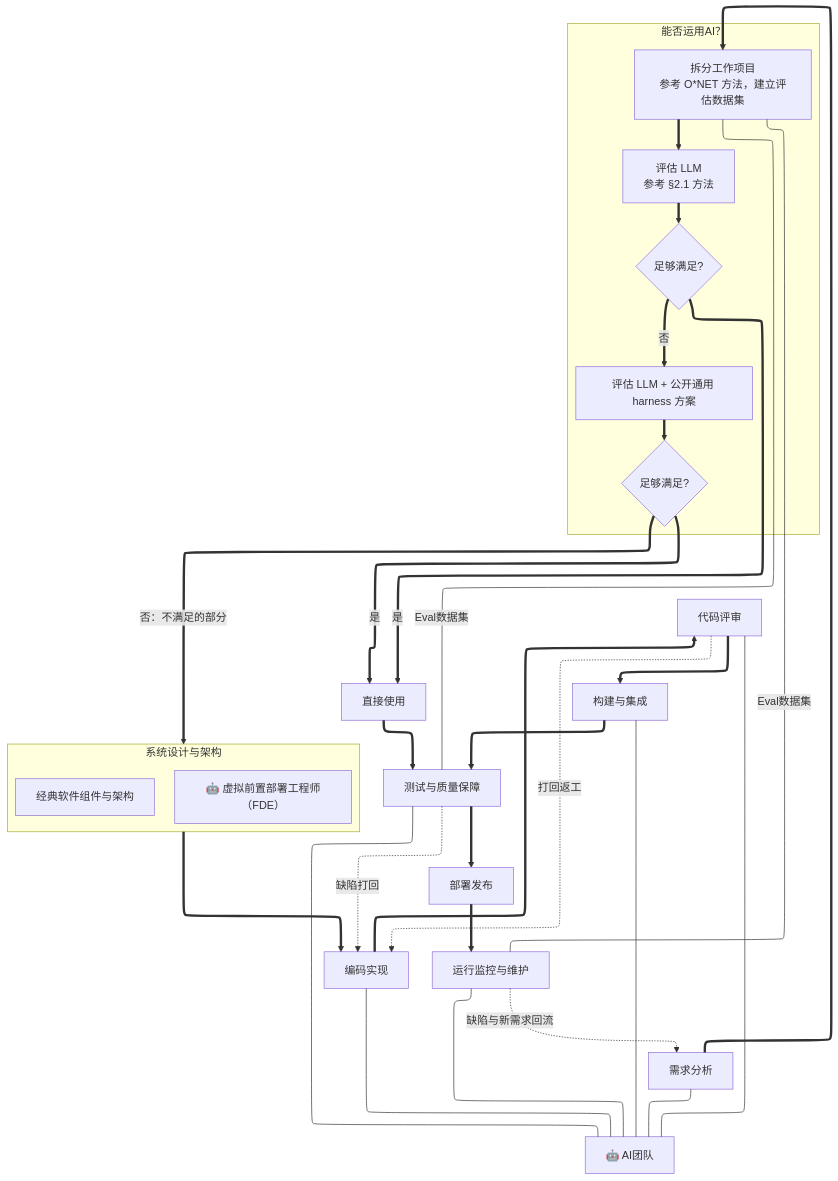
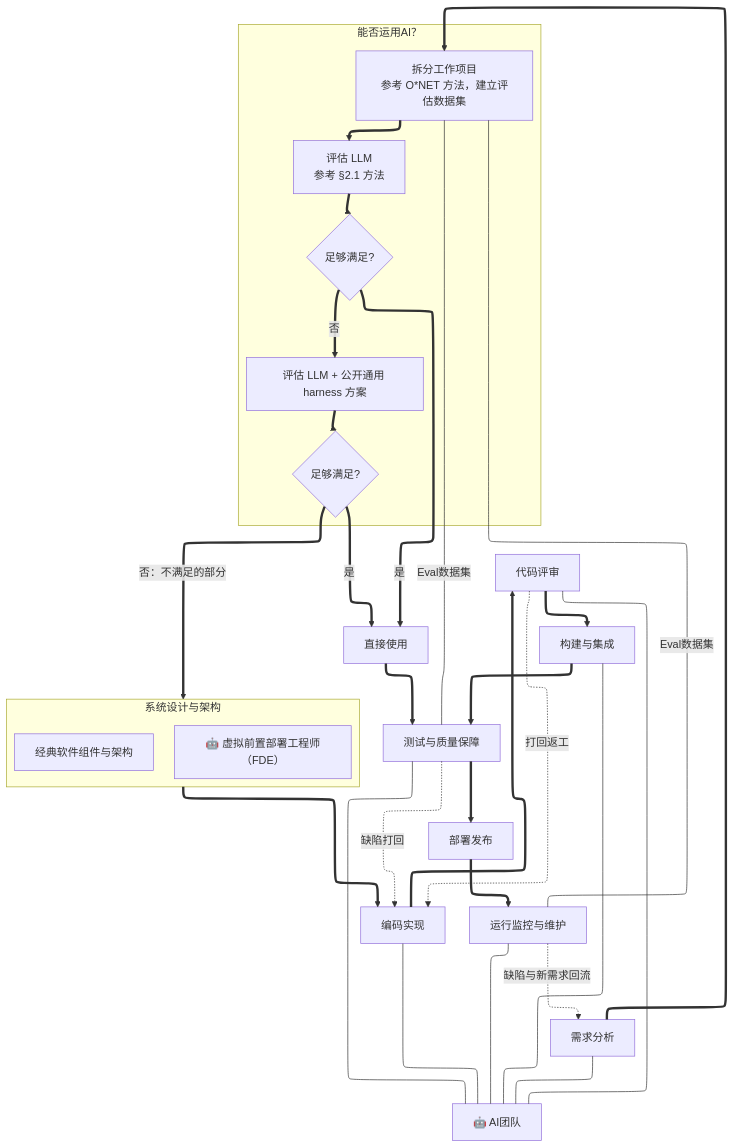
One commit to AI-LLM/Controversy changed the second of 2 diagrams in chat/AIKnowledgeLabor.md. Above: the diagram before and after it, drawn with Mermaid.

Commit message:
better mermaid graph layout

````diff
--- a/chat/AIKnowledgeLabor.md
+++ b/chat/AIKnowledgeLabor.md
@@ -624,41 +624,44 @@
 ```mermaid
 ---
 config:
   layout: elk
+  elk:
+    nodePlacementStrategy: NETWORK_SIMPLEX
+    mergeEdges: false
 ---
 graph TD
     R[需求分析] ==> A1
     subgraph SP [能否运用AI？]
         direction TB
         A1[拆分工作项目<br/>参考 O*NET 方法，建立评估数据集] ==> A2[评估 LLM<br/>参考 §2.1 方法]
         A2 ==> Q1{足够满足?}
         Q1 == 否 ==> A3[评估 LLM + 公开通用 harness 方案]
         A3 ==> Q2{足够满足?}
     end
     Q1 == 是 ==> U[直接使用]
     Q2 == 是 ==> U
     U ==> T
     subgraph D [系统设计与架构]
         direction TB
         D1[经典软件组件与架构]
         D2[🤖 虚拟前置部署工程师（FDE）]
     end
     Q2 == 否：不满足的部分 ==> D
     D ==> C[编码实现]
     C ==> CR[代码评审]
     CR ==> IG[构建与集成]
     IG ==> T[测试与质量保障]
     T ==> DP[部署发布]
     DP ==> MO[运行监控与维护]
     CR -. 打回返工 .-> C
     T -. 缺陷打回 .-> C
     MO -. 缺陷与新需求回流 .-> R
     R --- AIE[🤖 AI团队]
     C --- AIE
     CR --- AIE
     IG --- AIE
     T --- AIE
     MO --- AIE
     A1 ---|Eval数据集| T
     A1 ---|Eval数据集| MO
 ```
````
